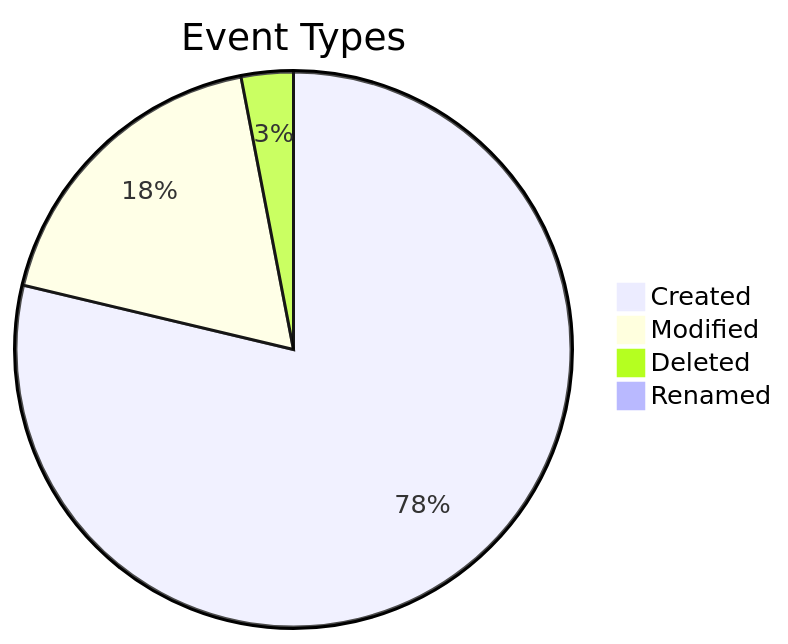
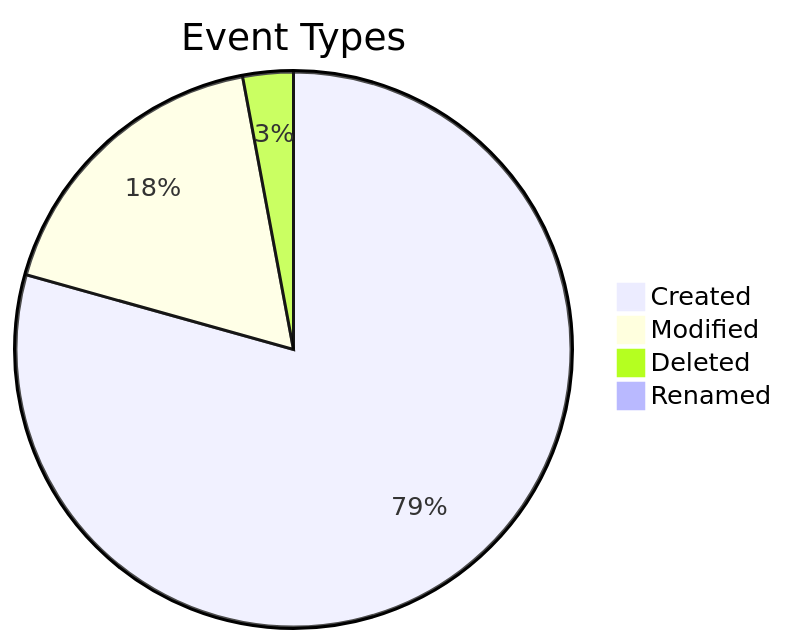
One commit to aetrigg/obsidian-universe-public changed the diagram in OBSERVATORIES/Activity Observatory.md. Above: the diagram before and after it, drawn with Mermaid. The commit also changed other lines of this file, not shown here.

````diff
--- a/OBSERVATORIES/Activity Observatory.md
+++ b/OBSERVATORIES/Activity Observatory.md
@@ -32,8 +32,8 @@
 ```mermaid
 pie
     title Event Types
-    "Created" : 22016
-    "Modified" : 5105
+    "Created" : 22890
+    "Modified" : 5113
     "Deleted" : 847
     "Renamed" : 96
 ```
````
